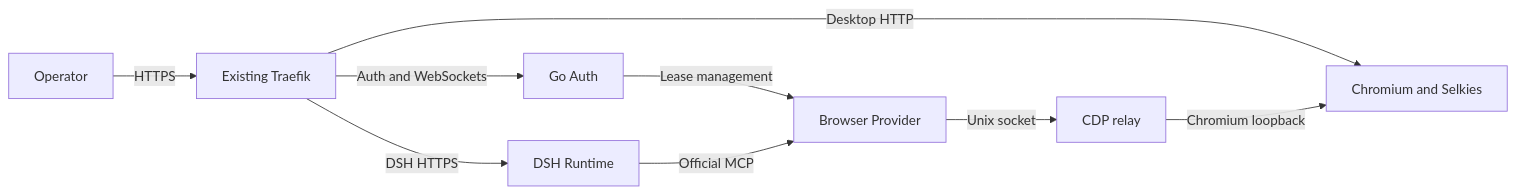
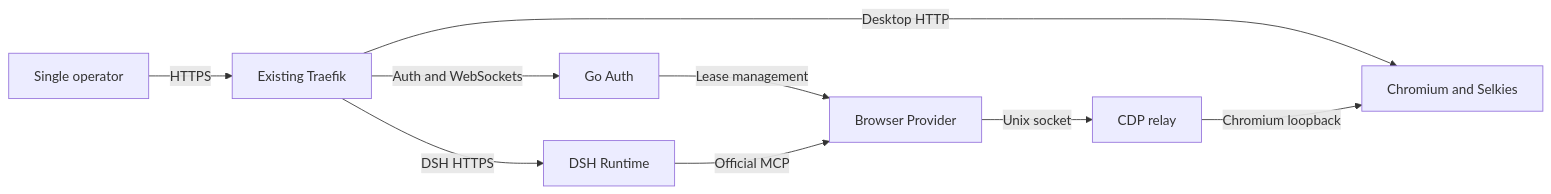
One commit to sagehou/dsh-workstation changed the diagram in docs/ARCHITECTURE.md. Above: the diagram before and after it, drawn with Mermaid. The commit also changed other lines of this file and 15 other files, not shown here.

First line of the commit message:
docs: formalize single-user release baseline and roadmap (#12)

````diff
--- a/docs/ARCHITECTURE.md
+++ b/docs/ARCHITECTURE.md
@@ -20,11 +26,11 @@
 ```mermaid
 flowchart LR
-    Person["Operator"] -->|"HTTPS"| Edge["Existing Traefik"]
+    Person["Single operator"] -->|"HTTPS"| Edge["Existing Traefik"]
     Edge -->|"Auth and WebSockets"| Auth["Go Auth"]
     Edge -->|"DSH HTTPS"| DSH["DSH Runtime"]
     Edge -->|"Desktop HTTP"| Browser["Chromium and Selkies"]
     Auth -->|"Lease management"| Provider["Browser Provider"]
     DSH -->|"Official MCP"| Provider
     Provider -->|"Unix socket"| Relay["CDP relay"]
     Relay -->|"Chromium loopback"| Browser
 ```
````
